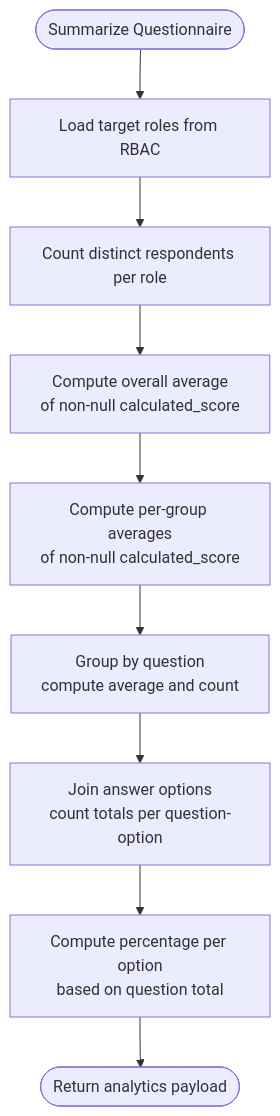
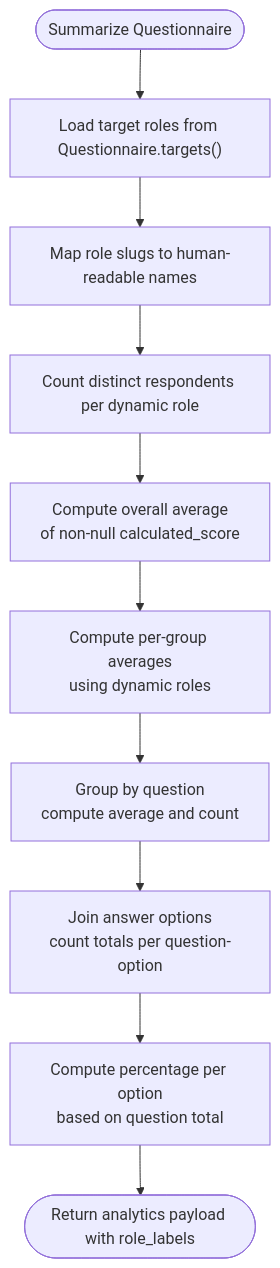
Before and after one commit to rudicatsmile/assesment360: the third of 5 diagrams in .qoder/repowiki/en/content/Services & Utilities/Assessment Scoring Services.md, drawn with Mermaid. The commit also changed other lines of this file and 6 other files, not shown here.

````diff
--- a/.qoder/repowiki/en/content/Services & Utilities/Assessment Scoring Services.md
+++ b/.qoder/repowiki/en/content/Services & Utilities/Assessment Scoring Services.md
@@ -161,11 +203,12 @@
 ```mermaid
 flowchart TD
-Start(["Summarize Questionnaire"]) --> Roles["Load target roles from RBAC"]
-Roles --> Respondents["Count distinct respondents per role"]
+Start(["Summarize Questionnaire"]) --> Roles["Load target roles from Questionnaire.targets()"]
+Roles --> RoleLabels["Map role slugs to human-readable names"]
+RoleLabels --> Respondents["Count distinct respondents per dynamic role"]
 Respondents --> OverallAvg["Compute overall average<br/>of non-null calculated_score"]
-OverallAvg --> GroupAvg["Compute per-group averages<br/>of non-null calculated_score"]
+OverallAvg --> GroupAvg["Compute per-group averages<br/>using dynamic roles"]
 GroupAvg --> QuestionAvg["Group by question<br/>compute average and count"]
 QuestionAvg --> Dist["Join answer options<br/>count totals per question-option"]
 Dist --> Percent["Compute percentage per option<br/>based on question total"]
-Percent --> Output(["Return analytics payload"])
+Percent --> Output(["Return analytics payload with role_labels"])
 ```
````
